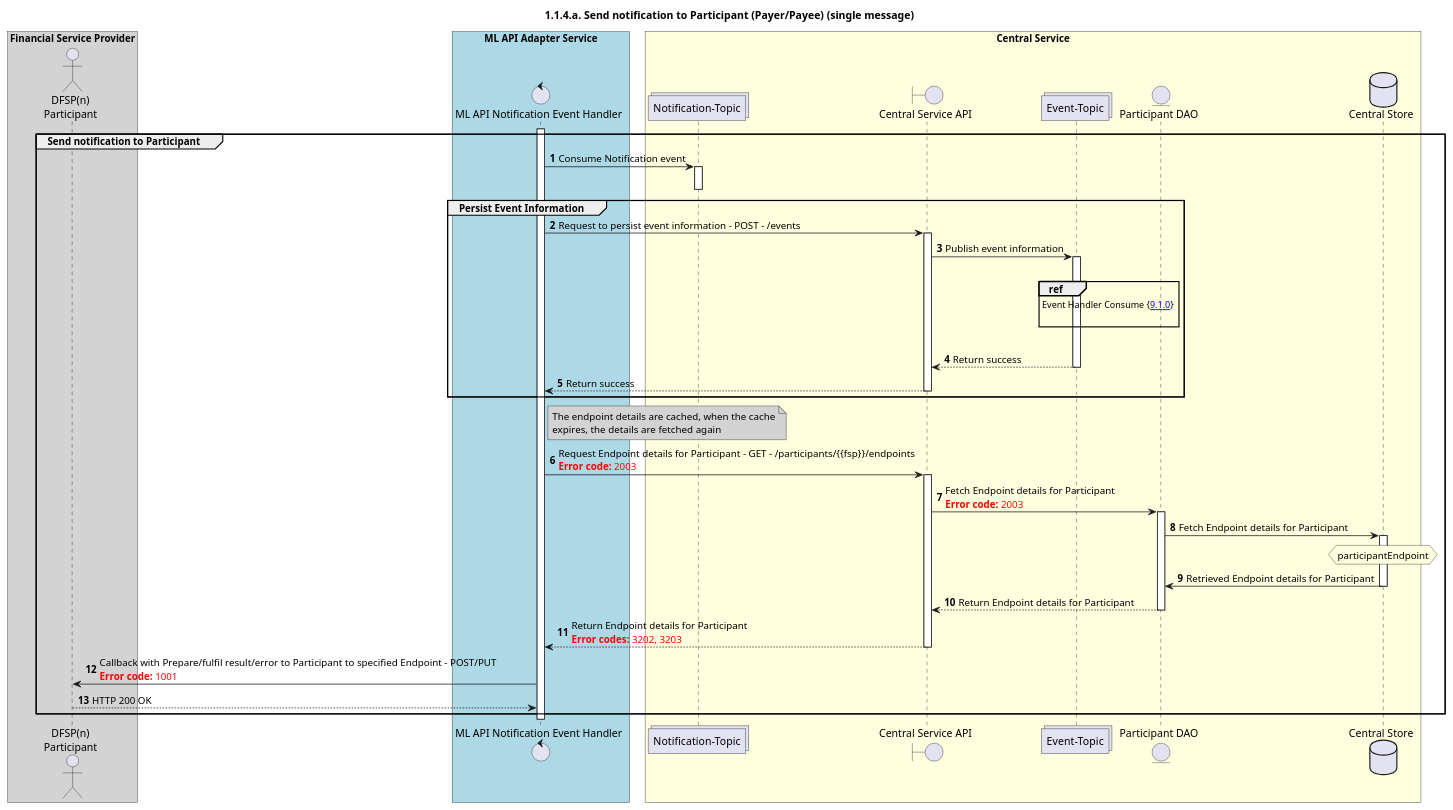
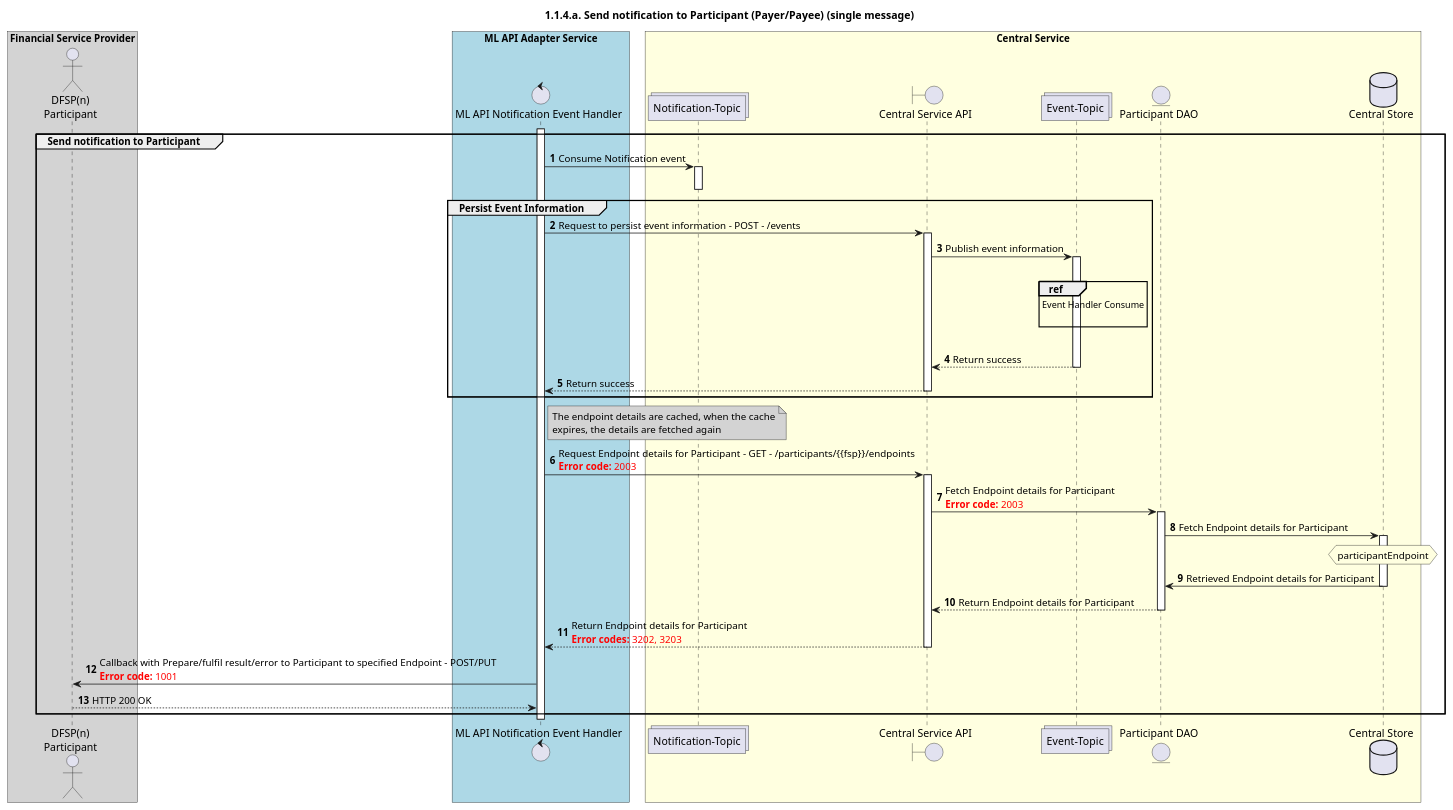
The diagram in mojaloop-technical-overview/central-ledger/assets/diagrams/sequence/seq-prepare-1.1.4.a.plantuml (mojaloop/documentation), drawn with PlantUML before and after one commit. The commit also changed 22 other files, not shown here.

Commit message:
Remove SVG hrefs to mojaloop/docs

```diff
--- a/mojaloop-technical-overview/central-ledger/assets/diagrams/sequence/seq-prepare-1.1.4.a.plantuml
+++ b/mojaloop-technical-overview/central-ledger/assets/diagrams/sequence/seq-prepare-1.1.4.a.plantuml
@@ -27,83 +27,83 @@
 @startuml
 ' declate title
 title 1.1.4.a. Send notification to Participant (Payer/Payee) (single message)
 
 autonumber
 
 ' Actor Keys:
 '   boundary - APIs/Interfaces, etc
 '   collections - Kafka Topics
 '   control - Kafka Consumers
 '   entity - Database Access Objects
 '   database - Database Persistance Store
 
 ' declare actors
 actor "DFSP(n)\nParticipant" as DFSP
 control "ML API Notification Event Handler" as NOTIFY_HANDLER
 boundary "Central Service API" as CSAPI
 collections "Notification-Topic" as TOPIC_NOTIFICATIONS
 collections "Event-Topic" as TOPIC_EVENTS
 entity "Participant DAO" as PARTICIPANT_DAO
 database "Central Store" as DB
 
 box "Financial Service Provider" #lightGray
 	participant DFSP
 end box
 
 box "ML API Adapter Service" #LightBlue
 	participant NOTIFY_HANDLER
 end box
 
 box "Central Service" #LightYellow
 participant TOPIC_NOTIFICATIONS
     participant CSAPI
     participant TOPIC_EVENTS
     participant PARTICIPANT_DAO
     participant DB
 end box
 
 ' start flow
 activate NOTIFY_HANDLER
 group Send notification to Participant
     TOPIC_NOTIFICATIONS <- NOTIFY_HANDLER: Consume Notification event
     activate TOPIC_NOTIFICATIONS
     deactivate TOPIC_NOTIFICATIONS
 
     group Persist Event Information
         NOTIFY_HANDLER -> CSAPI: Request to persist event information - POST - /events
         activate CSAPI
         CSAPI -> TOPIC_EVENTS: Publish event information
         activate TOPIC_EVENTS
         |||
-        ref over TOPIC_EVENTS :  Event Handler Consume {[[https://github.com/mojaloop/docs/blob/master/Diagrams/SequenceDiagrams/seq-event-9.1.0.svg 9.1.0]]} \n
+        ref over TOPIC_EVENTS :  Event Handler Consume\n
         |||
         TOPIC_EVENTS --> CSAPI: Return success
         deactivate TOPIC_EVENTS
         CSAPI --> NOTIFY_HANDLER: Return success
         deactivate CSAPI
     end
     note right of NOTIFY_HANDLER #lightgray
         The endpoint details are cached, when the cache
         expires, the details are fetched again
     end note
     NOTIFY_HANDLER -> CSAPI: Request Endpoint details for Participant - GET - /participants/{{fsp}}/endpoints\n<color #FF0000><b>Error code:</b> 2003</color>
 
     activate CSAPI
     CSAPI -> PARTICIPANT_DAO: Fetch Endpoint details for Participant\n<color #FF0000><b>Error code:</b> 2003</color>
     activate PARTICIPANT_DAO
     PARTICIPANT_DAO -> DB: Fetch Endpoint details for Participant
     activate DB
     hnote over DB #lightyellow
         participantEndpoint
     end note
     DB -> PARTICIPANT_DAO: Retrieved Endpoint details for Participant
     deactivate DB
     PARTICIPANT_DAO --> CSAPI: Return Endpoint details for Participant
     deactivate PARTICIPANT_DAO
     CSAPI --> NOTIFY_HANDLER: Return Endpoint details for Participant\n<color #FF0000><b>Error codes:</b> 3202, 3203</color>
     deactivate CSAPI
     NOTIFY_HANDLER -> DFSP: Callback with Prepare/fulfil result/error to Participant to specified Endpoint - POST/PUT \n<color #FF0000><b>Error code:</b> 1001</color>
     NOTIFY_HANDLER <-- DFSP: HTTP 200 OK 
 end
 deactivate NOTIFY_HANDLER
 @enduml
```
